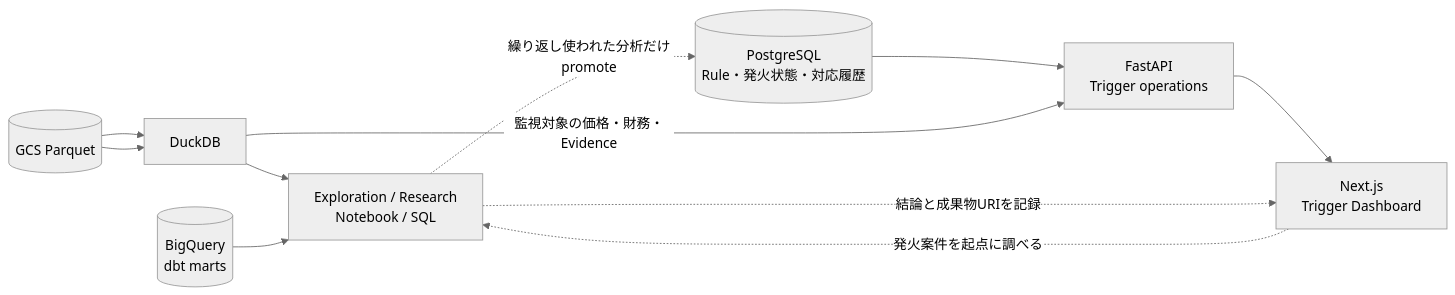
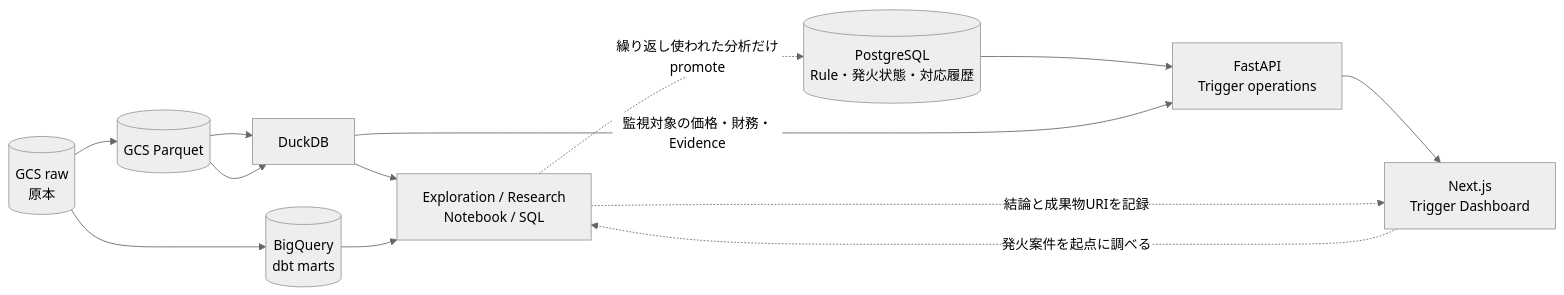
The second of 3 diagrams in docs/architecture.md (3110mmn/invest-monitoring-platform), drawn with Mermaid (neutral theme) before and after one commit. The commit also changed other lines of this file and 63 other files, not shown here.

````diff
--- a/docs/architecture.md
+++ b/docs/architecture.md
@@ -77,18 +77,21 @@
 ```mermaid
 flowchart LR
+    Raw[("GCS raw<br/>原本")]
     Lake[("GCS Parquet")]
     BQ[("BigQuery<br/>dbt marts")]
     Duck["DuckDB"]
     Research["Exploration / Research<br/>Notebook / SQL"]
     AppDB[("PostgreSQL<br/>Rule・発火状態・対応履歴")]
     API["FastAPI<br/>Trigger operations"]
     Web["Next.js<br/>Trigger Dashboard"]
 
+    Raw --> Lake
+    Raw --> BQ
     Lake --> Duck --> Research
     BQ --> Research
     Research -. "繰り返し使われた分析だけpromote" .-> AppDB
     AppDB --> API --> Web
     Lake --> Duck -->|"監視対象の価格・財務・Evidence"| API
     Web -. "発火案件を起点に調べる" .-> Research
     Research -. "結論と成果物URIを記録" .-> Web
 ```
````
